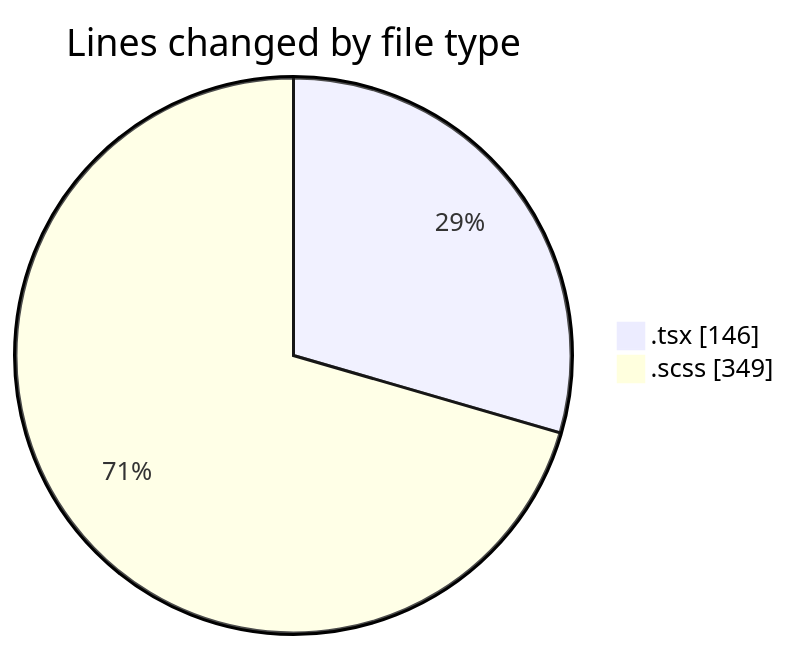
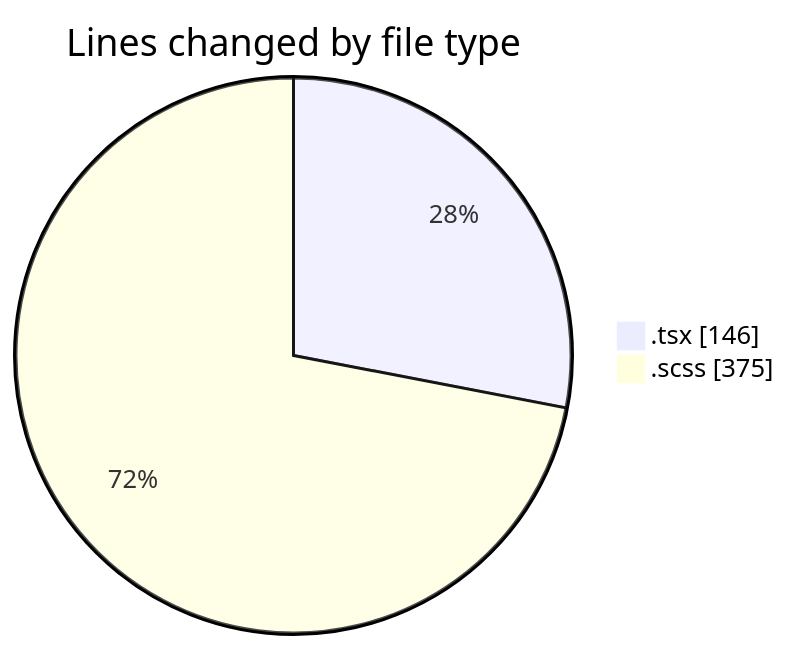
Before and after one commit to momahboobian/code-tracking: the first of 2 diagrams in 2026-03-25/cda/README.md, drawn with Mermaid. The commit also changed other lines of this file and 1 other file, not shown here.

````diff
--- a/2026-03-25/cda/README.md
+++ b/2026-03-25/cda/README.md
@@ -21,6 +21,6 @@
 ```mermaid
 pie showData
 title Lines changed by file type
 ".tsx" : 146
-".scss" : 349
+".scss" : 375
 ```
````
